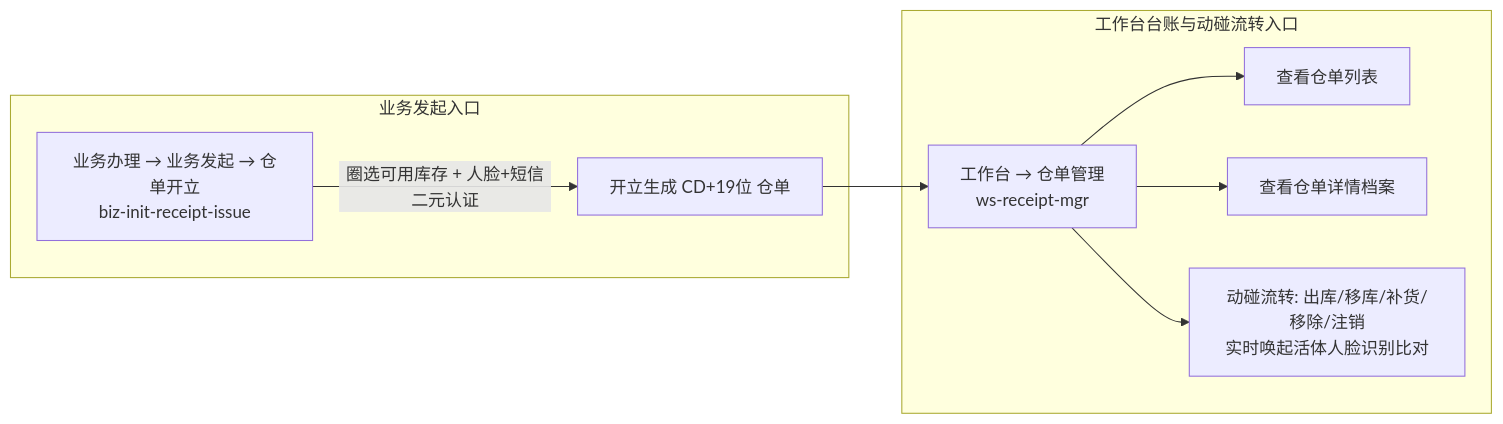
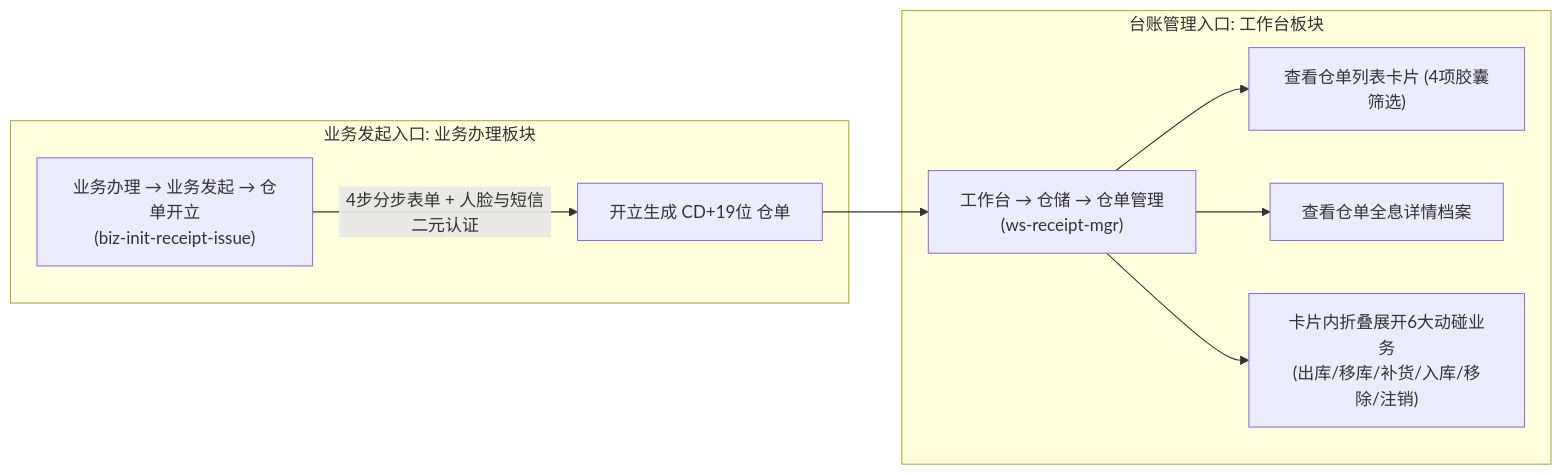
One commit to RobertHuang999/SYZC changed the diagram in 02-PRD文档/🌟🌟🌟-最新基准版/B端H5/02-工作台/01-仓储/02-仓单管理/README.md. Above: the diagram before and after it, drawn with Mermaid. The commit also changed other lines of this file and 116 other files, not shown here.

````diff
--- a/02-PRD文档/🌟🌟🌟-最新基准版/B端H5/02-工作台/01-仓储/02-仓单管理/README.md
+++ b/02-PRD文档/🌟🌟🌟-最新基准版/B端H5/02-工作台/01-仓储/02-仓单管理/README.md
@@ -18,14 +18,14 @@
 ```mermaid
 flowchart LR
-    subgraph S1[业务发起入口]
-        A[业务办理 → 业务发起 → 仓单开立<br/>biz-init-receipt-issue]
-        A -->|圈选可用库存 + 人脸+短信二元认证| B[开立生成 CD+19位 仓单]
+    subgraph S1[业务发起入口: 业务办理板块]
+        A["业务办理 → 业务发起 → 仓单开立<br/>(biz-init-receipt-issue)"]
+        A -->|4步分步表单 + 人脸与短信二元认证| B["开立生成 CD+19位 仓单"]
     end
 
-    subgraph S2[工作台台账与动碰流转入口]
-        B --> C[工作台 → 仓单管理<br/>ws-receipt-mgr]
-        C --> D1[查看仓单列表]
-        C --> D2[查看仓单详情档案]
-        C --> D3[动碰流转: 出库/移库/补货/移除/注销<br/>实时唤起活体人脸识别比对]
+    subgraph S2[台账管理入口: 工作台板块]
+        B --> C["工作台 → 仓储 → 仓单管理<br/>(ws-receipt-mgr)"]
+        C --> D1["查看仓单列表卡片 (4项胶囊筛选)"]
+        C --> D2["查看仓单全息详情档案"]
+        C --> D3["卡片内折叠展开6大动碰业务<br/>(出库/移库/补货/入库/移除/注销)"]
     end
 ```
````
